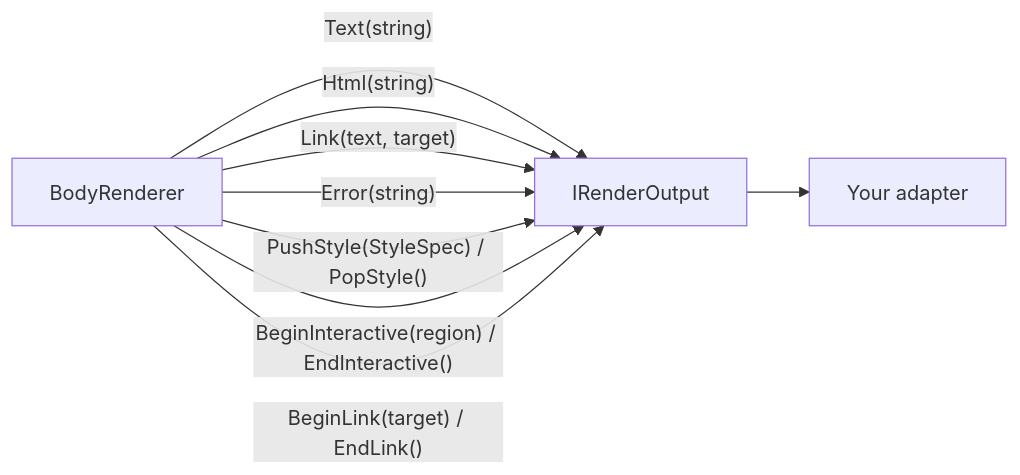
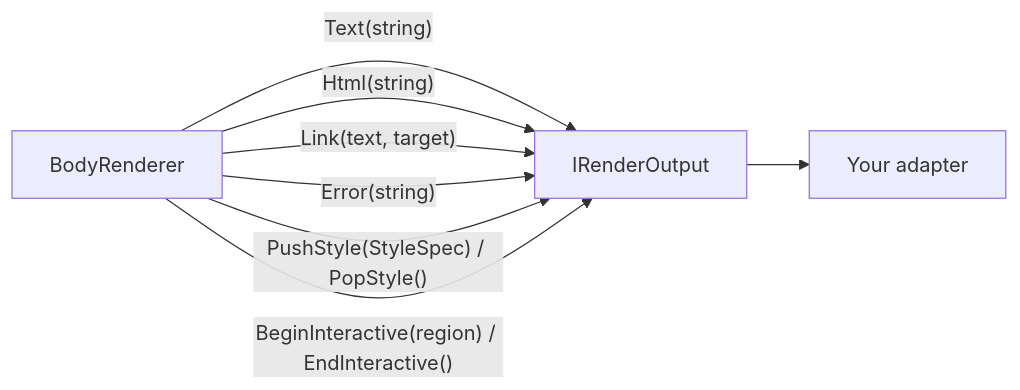
One commit to RaheelYawar/twinelike changed the second of 6 diagrams in ARCHITECTURE.md. Above: the diagram before and after it, drawn with Mermaid. The commit also changed other lines of this file and 22 other files, not shown here.

````diff
--- a/ARCHITECTURE.md
+++ b/ARCHITECTURE.md
@@ -79,11 +79,10 @@
 ```mermaid
 flowchart LR
   R[BodyRenderer] -->|"Text(string)"| O[IRenderOutput]
   R -->|"Html(string)"| O
   R -->|"Link(text, target)"| O
   R -->|"Error(string)"| O
   R -->|"PushStyle(StyleSpec) / PopStyle()"| O
   R -->|"BeginInteractive(region) / EndInteractive()"| O
-  R -->|"BeginLink(target) / EndLink()"| O
   O --> Y[Your adapter]
 ```
````
